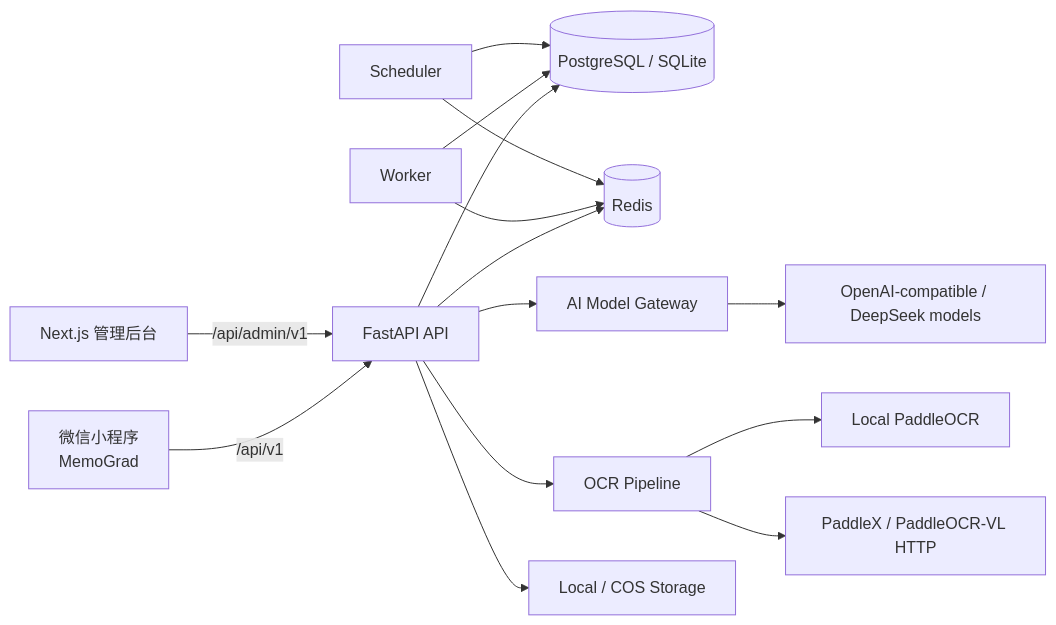
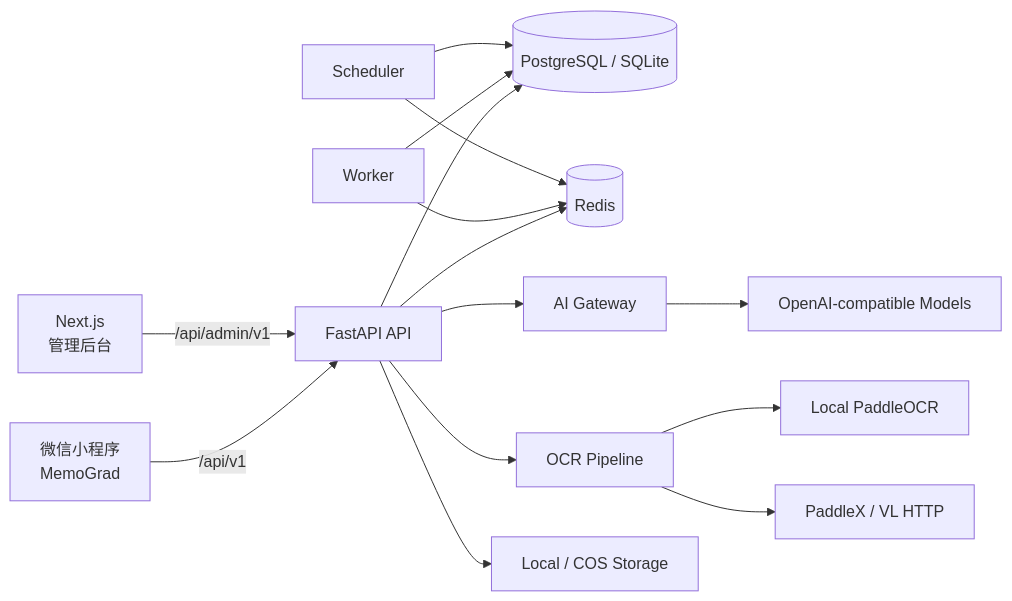
One commit to ly9098-prog/postgraduate-exam-AI changed the diagram in README.md. Above: the diagram before and after it, drawn with Mermaid. The commit also changed other lines of this file and 1 other file, not shown here.

````diff
--- a/README.md
+++ b/README.md
@@ -32,20 +64,20 @@
 ```mermaid
 flowchart LR
-    MP[微信小程序\nMemoGrad] -->|/api/v1| API[FastAPI API]
-    ADMIN[Next.js 管理后台] -->|/api/admin/v1| API
+    MP[微信小程序<br/>MemoGrad] -->|/api/v1| API[FastAPI API]
+    ADMIN[Next.js<br/>管理后台] -->|/api/admin/v1| API
 
     API --> DB[(PostgreSQL / SQLite)]
     API --> REDIS[(Redis)]
-    API --> AI[AI Model Gateway]
+    API --> AI[AI Gateway]
     API --> OCR[OCR Pipeline]
     API --> STORE[Local / COS Storage]
 
-    OCR --> LOCAL_OCR[Local PaddleOCR]
-    OCR --> REMOTE_OCR[PaddleX / PaddleOCR-VL HTTP]
-    AI --> MODEL[OpenAI-compatible / DeepSeek models]
+    AI --> MODEL[OpenAI-compatible Models]
+    OCR --> LOCAL[Local PaddleOCR]
+    OCR --> REMOTE[PaddleX / VL HTTP]
 
     WORKER[Worker] --> REDIS
     WORKER --> DB
     SCHED[Scheduler] --> DB
     SCHED --> REDIS
 ```
````
